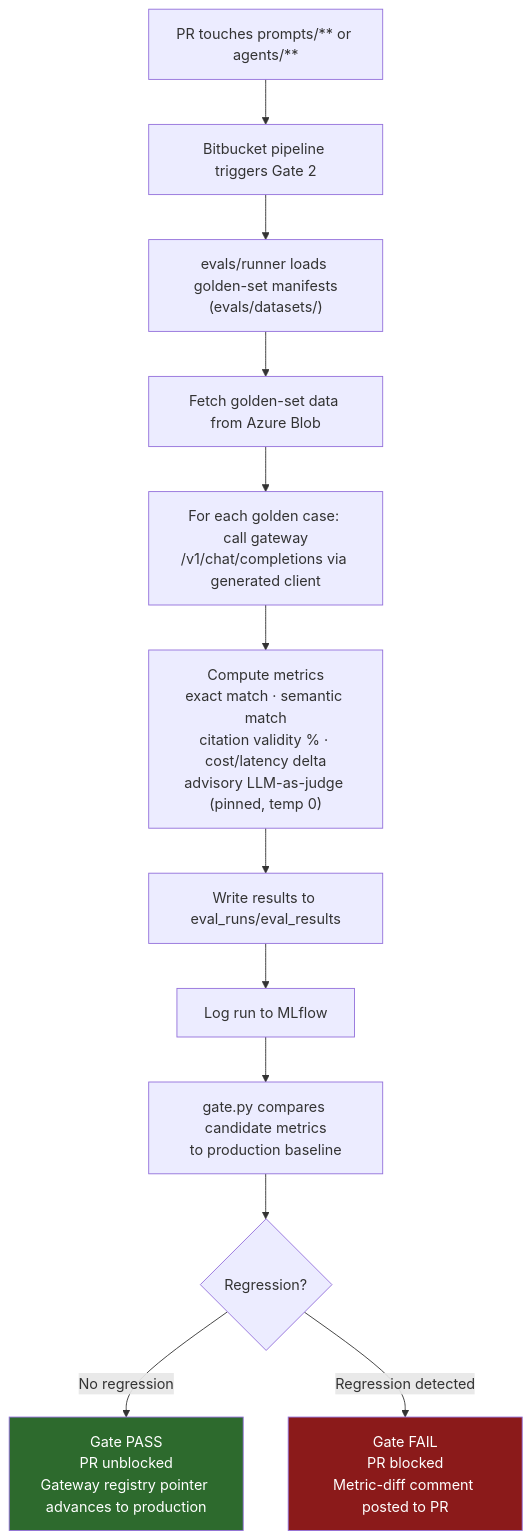
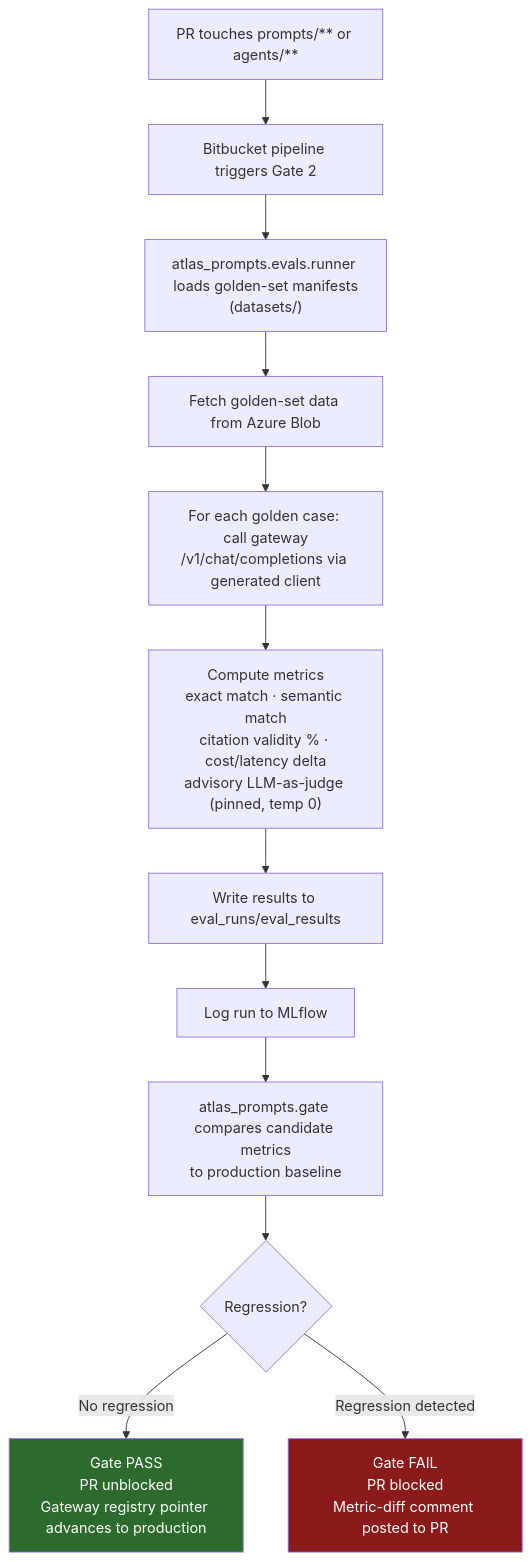
One commit to bragabruno/atlas-prompts changed the diagram in docs/diagrams/eval-gate-flow.md. Above: the diagram before and after it, drawn with Mermaid. The commit also changed 3 other files, not shown here.

First line of the commit message:
docs: reflect src/ layout in README and eval diagrams

````diff
--- a/docs/diagrams/eval-gate-flow.md
+++ b/docs/diagrams/eval-gate-flow.md
@@ -5,17 +5,17 @@
 ```mermaid
 flowchart TD
     A["PR touches prompts/** or agents/**"] --> B["Bitbucket pipeline triggers Gate 2"]
-    B --> C["evals/runner loads golden-set manifests\n(evals/datasets/)"]
+    B --> C["atlas_prompts.evals.runner loads golden-set manifests\n(datasets/)"]
     C --> D["Fetch golden-set data from Azure Blob"]
     D --> E["For each golden case: call gateway\n/v1/chat/completions via generated client"]
     E --> F["Compute metrics\nexact match · semantic match\ncitation validity % · cost/latency delta\nadvisory LLM-as-judge (pinned, temp 0)"]
     F --> G["Write results to eval_runs/eval_results"]
     G --> H["Log run to MLflow"]
-    H --> I["gate.py compares candidate metrics\nto production baseline"]
+    H --> I["atlas_prompts.gate compares candidate metrics\nto production baseline"]
     I --> J{Regression?}
     J -- No regression --> K["Gate PASS\nPR unblocked\nGateway registry pointer advances to production"]
     J -- Regression detected --> L["Gate FAIL\nPR blocked\nMetric-diff comment posted to PR"]
 
     style K fill:#2d6a2d,color:#fff
     style L fill:#8b1a1a,color:#fff
 ```
````
